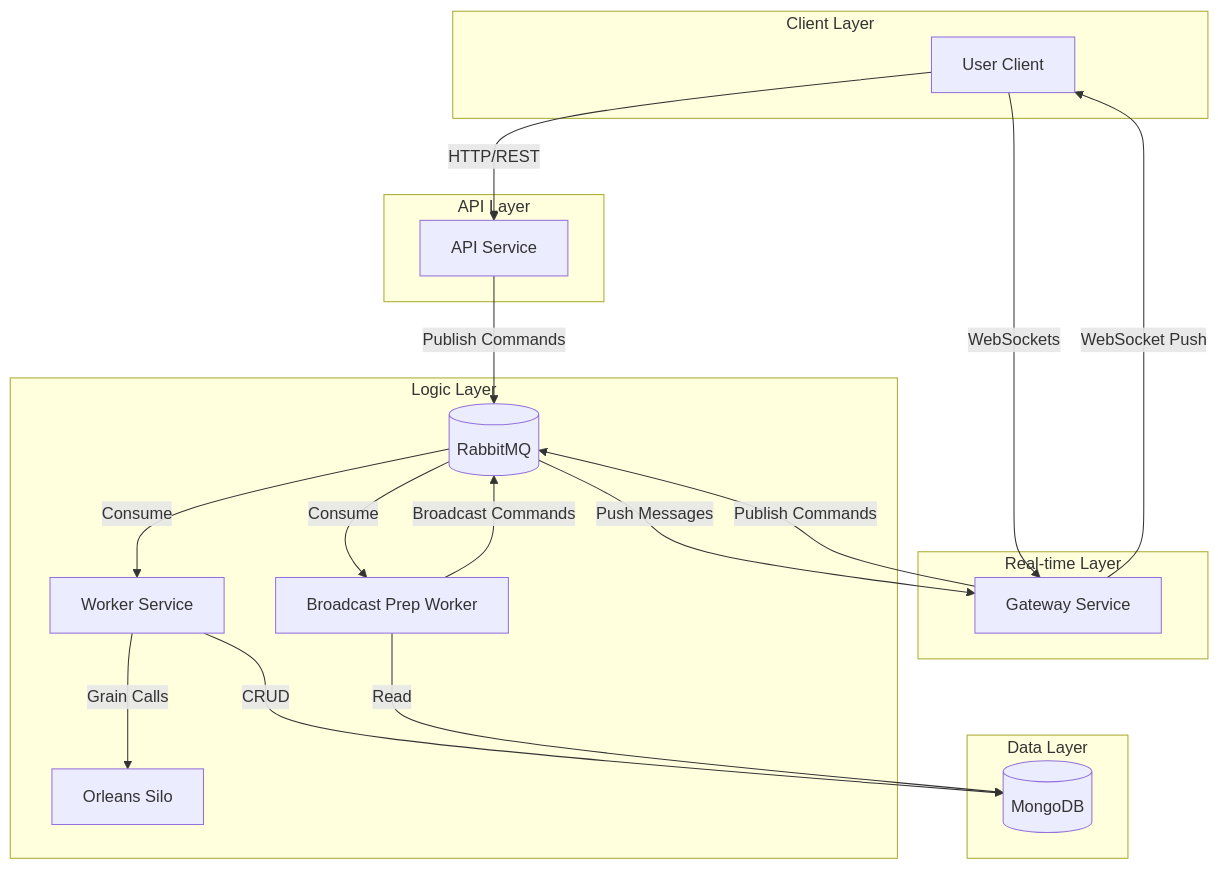
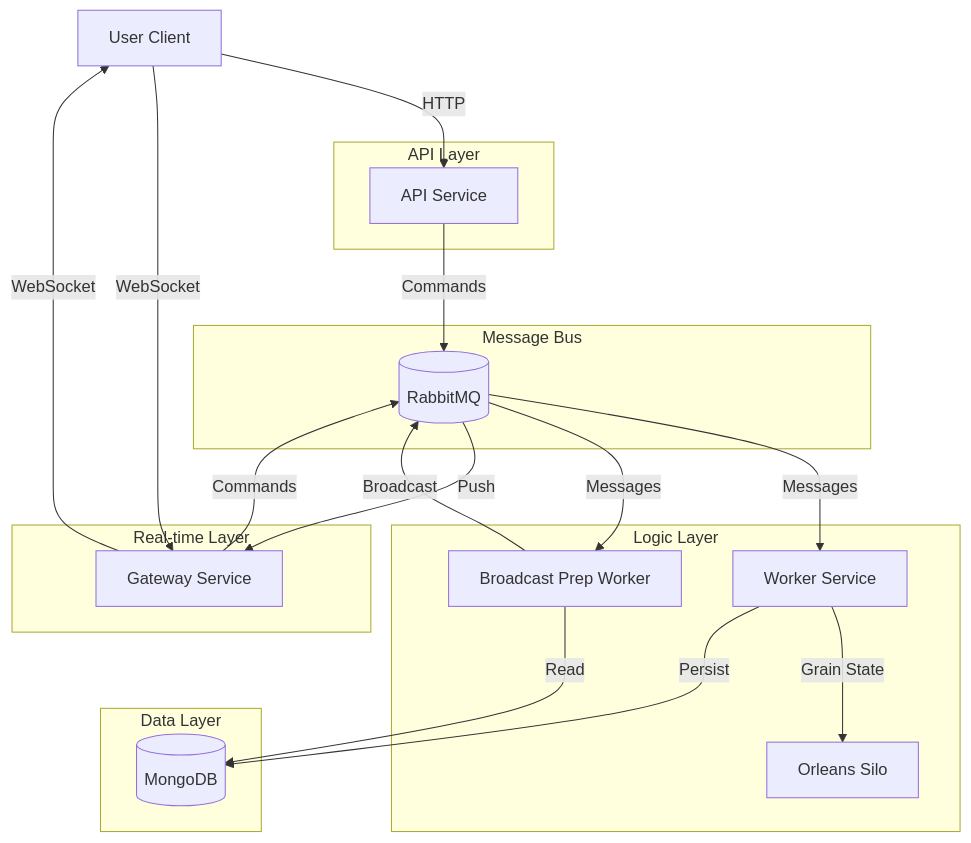
The first of 2 diagrams in docs/ARCHITECTURE.md (abanoubsamer/ChatSystem), drawn with Mermaid before and after one commit.

````diff
--- a/docs/ARCHITECTURE.md
+++ b/docs/ARCHITECTURE.md
@@ -63,43 +63,44 @@
 ```mermaid
-graph TB
-    subgraph "Client Layer"
-        Client[User Client]
+graph TD
+    Client[User Client]
+    
+    subgraph "API Layer"
+        API[API Service]
     end
-
-    subgraph "API Layer"
-        Api[API Service]
-    end
-
+    
     subgraph "Real-time Layer"
         Gateway[Gateway Service]
     end
-
+    
+    subgraph "Message Bus"
+        RabbitMQ[(RabbitMQ)]
+    end
+    
     subgraph "Logic Layer"
         Worker[Worker Service]
         Orleans[Orleans Silo]
         BPW[Broadcast Prep Worker]
-        RabbitMQ[(RabbitMQ)]
     end
-
+    
     subgraph "Data Layer"
         MongoDB[(MongoDB)]
     end
 
-    Client -->|HTTP/REST| Api
-    Client -->|WebSockets| Gateway
-
-    Api -->|Publish Commands| RabbitMQ
-    Gateway -->|Publish Commands| RabbitMQ
-
-    RabbitMQ -->|Consume| Worker
-    RabbitMQ -->|Consume| BPW
-
-    Worker -->|Grain Calls| Orleans
-    Worker -->|CRUD| MongoDB
+    Client -->|HTTP| API
+    Client -->|WebSocket| Gateway
+    
+    API -->|Commands| RabbitMQ
+    Gateway -->|Commands| RabbitMQ
+    
+    RabbitMQ -->|Messages| Worker
+    RabbitMQ -->|Messages| BPW
+    
+    Worker -->|Grain State| Orleans
+    Worker -->|Persist| MongoDB
     BPW -->|Read| MongoDB
-
-    BPW -->|Broadcast Commands| RabbitMQ
-    RabbitMQ -->|Push Messages| Gateway
-
-    Gateway -->|WebSocket Push| Client
+    
+    BPW -->|Broadcast| RabbitMQ
+    RabbitMQ -->|Push| Gateway
+    
+    Gateway -->|WebSocket| Client
 ```
````
